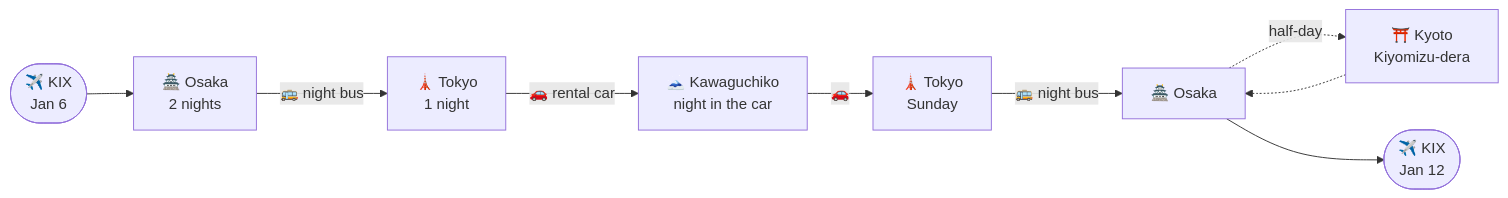
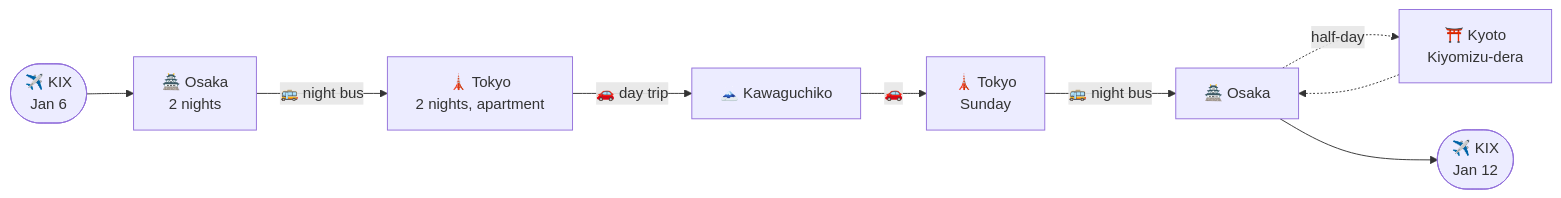
The diagram in README.md (Irfnaimann02/japan-winter-trip-2027), drawn with Mermaid before and after one commit. The commit also changed other lines of this file and 3 other files, not shown here.

Commit message:
Switch Tokyo nights to 9STAY apartment.

````diff
--- a/README.md
+++ b/README.md
@@ -32,11 +33,11 @@
 ```mermaid
 flowchart LR
     KIX([✈️ KIX<br/>Jan 6]) --> OSA[🏯 Osaka<br/>2 nights]
-    OSA -- 🚌 night bus --> TYO[🗼 Tokyo<br/>1 night]
-    TYO -- 🚗 rental car --> FUJI[🗻 Kawaguchiko<br/>night in the car]
+    OSA -- 🚌 night bus --> TYO[🗼 Tokyo<br/>2 nights, apartment]
+    TYO -- 🚗 day trip --> FUJI[🗻 Kawaguchiko]
     FUJI -- 🚗 --> TYO2[🗼 Tokyo<br/>Sunday]
     TYO2 -- 🚌 night bus --> OSA2[🏯 Osaka]
     OSA2 -. half-day .-> KYO[⛩️ Kyoto<br/>Kiyomizu-dera]
     KYO -.-> OSA2
     OSA2 --> OUT([✈️ KIX<br/>Jan 12])
 ```
````
